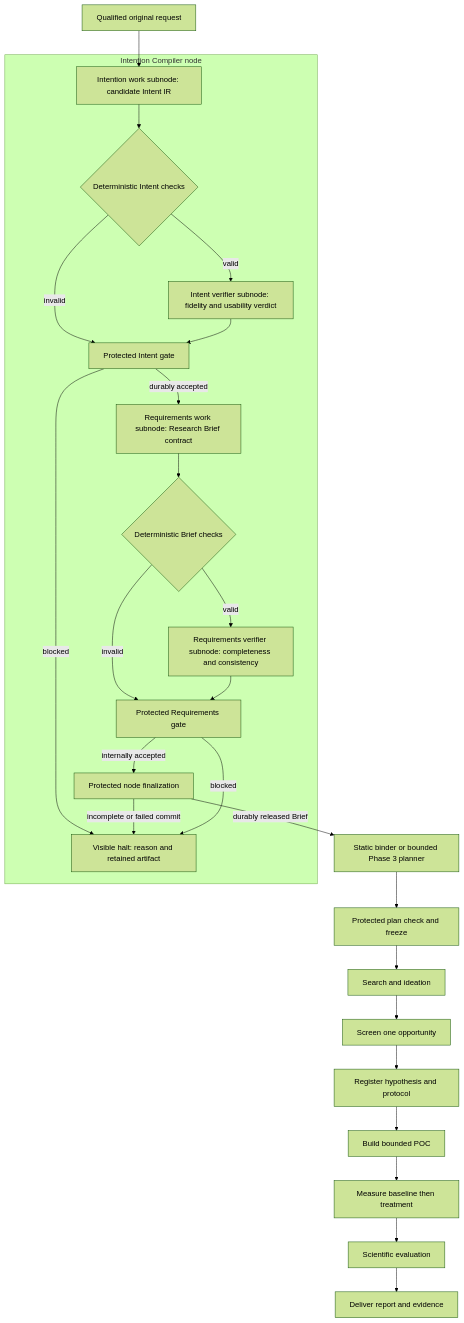
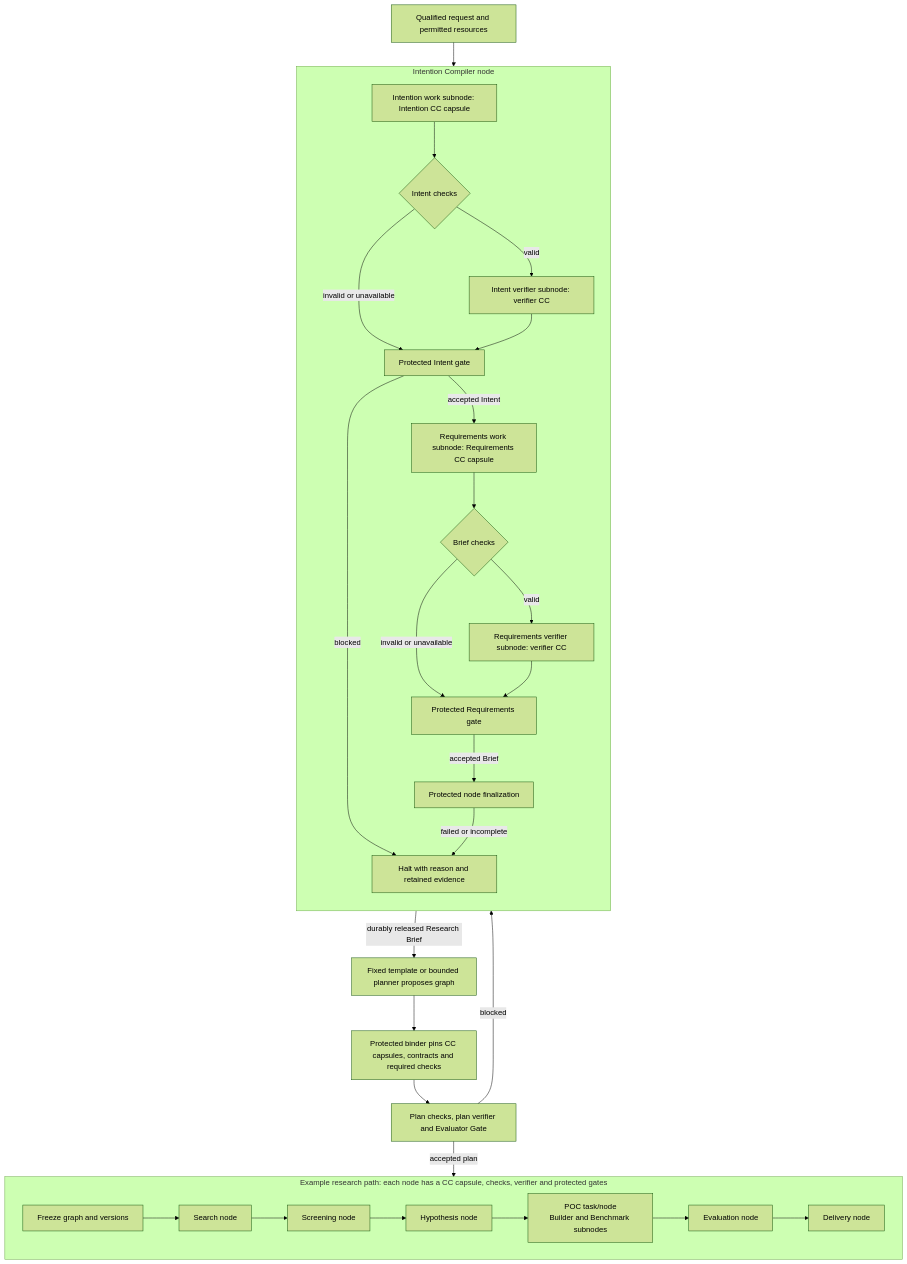
One commit to Stellven/jiuwenswarm changed the first of 9 diagrams in docs/architecture/design-package/m1-design.md. Above: the diagram before and after it, drawn with Mermaid (forest theme). The commit also changed other lines of this file and 34 other files, not shown here.

Commit message:
docs: clarify architecture and M1 diagram responsibilities

````diff
--- a/docs/architecture/design-package/m1-design.md
+++ b/docs/architecture/design-package/m1-design.md
@@ -9,29 +9,33 @@
 ```mermaid
 flowchart TB
-    I[Qualified original request] --> C
+    I[Qualified request and permitted resources] --> C
     subgraph Compiler[Intention Compiler node]
-        C[Intention work subnode: candidate Intent IR]
-    C --> D1{Deterministic Intent checks}
-    D1 -->|valid| V1[Intent verifier subnode: fidelity and usability verdict]
-    D1 -->|invalid| G1[Protected Intent gate]
-    V1 --> G1
-    G1 -->|durably accepted| R[Requirements work subnode: Research Brief contract]
-    G1 -->|blocked| H[Visible halt: reason and retained artifact]
-    R --> D2{Deterministic Brief checks}
-    D2 -->|valid| V2[Requirements verifier subnode: completeness and consistency]
-    D2 -->|invalid| G2[Protected Requirements gate]
-    V2 --> G2
-    G2 -->|internally accepted| NG[Protected node finalization]
-    NG -->|incomplete or failed commit| H
+        direction TB
+        C[Intention work subnode: Intention CC capsule] --> D1{Intent checks}
+        D1 -->|valid| V1[Intent verifier subnode: verifier CC]
+        D1 -->|invalid or unavailable| G1[Protected Intent gate]
+        V1 --> G1
+        G1 -->|accepted Intent| R[Requirements work subnode: Requirements CC capsule]
+        G1 -->|blocked| H[Halt with reason and retained evidence]
+        R --> D2{Brief checks}
+        D2 -->|valid| V2[Requirements verifier subnode: verifier CC]
+        D2 -->|invalid or unavailable| G2[Protected Requirements gate]
+        V2 --> G2
+        G2 -->|accepted Brief| NG[Protected node finalization]
+        NG -->|failed or incomplete| H
     end
-    NG -->|durably released Brief| P[Static binder or bounded Phase 3 planner]
-    G2 -->|blocked| H
-    P --> F[Protected plan check and freeze]
-    F --> S[Search and ideation]
-    S --> O[Screen one opportunity]
-    O --> B[Register hypothesis and protocol]
-    B --> K[Build bounded POC]
-    K --> M[Measure baseline then treatment]
-    M --> E[Scientific evaluation]
-    E --> T[Deliver report and evidence]
+    NG -->|durably released Research Brief| P[Fixed template or bounded planner proposes graph]
+    P --> Bind[Protected binder pins CC capsules, contracts and required checks]
+    Bind --> PG[Plan checks, plan verifier and Evaluator Gate]
+    PG -->|accepted plan| F[Freeze graph and versions]
+    PG -->|blocked| H
+    subgraph Example[Example research path: each node has a CC capsule, checks, verifier and protected gates]
+      direction LR
+      F --> S[Search node]
+      S --> O[Screening node]
+      O --> B[Hypothesis node]
+      B --> K[POC task/node<br/>Builder and Benchmark subnodes]
+      K --> E[Evaluation node]
+      E --> T[Delivery node]
+    end
 ```
````
